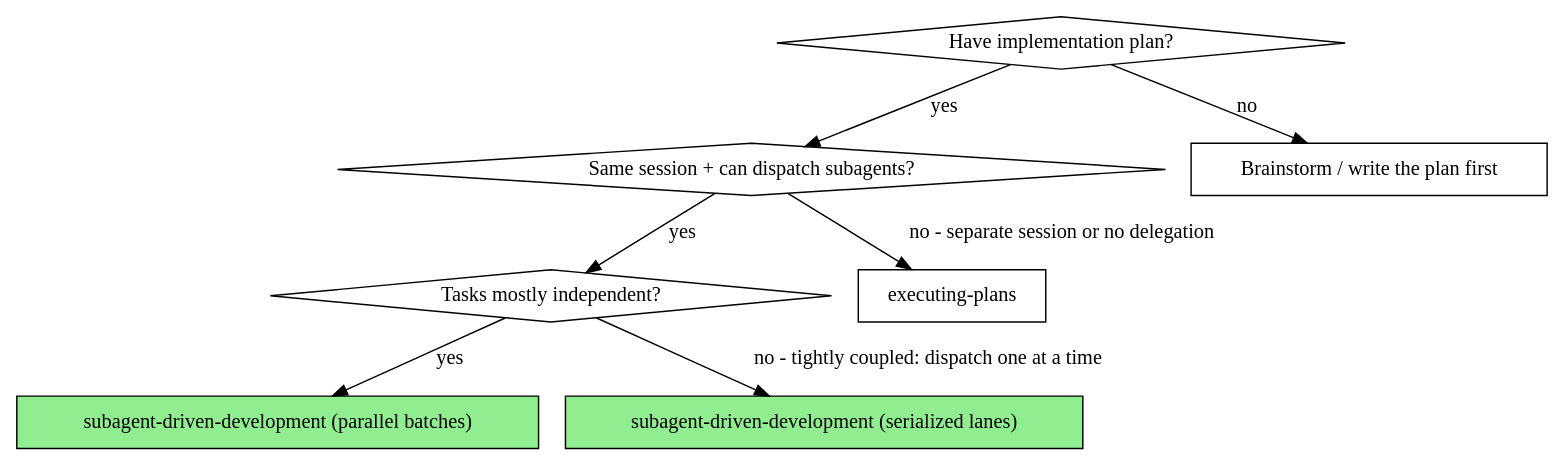
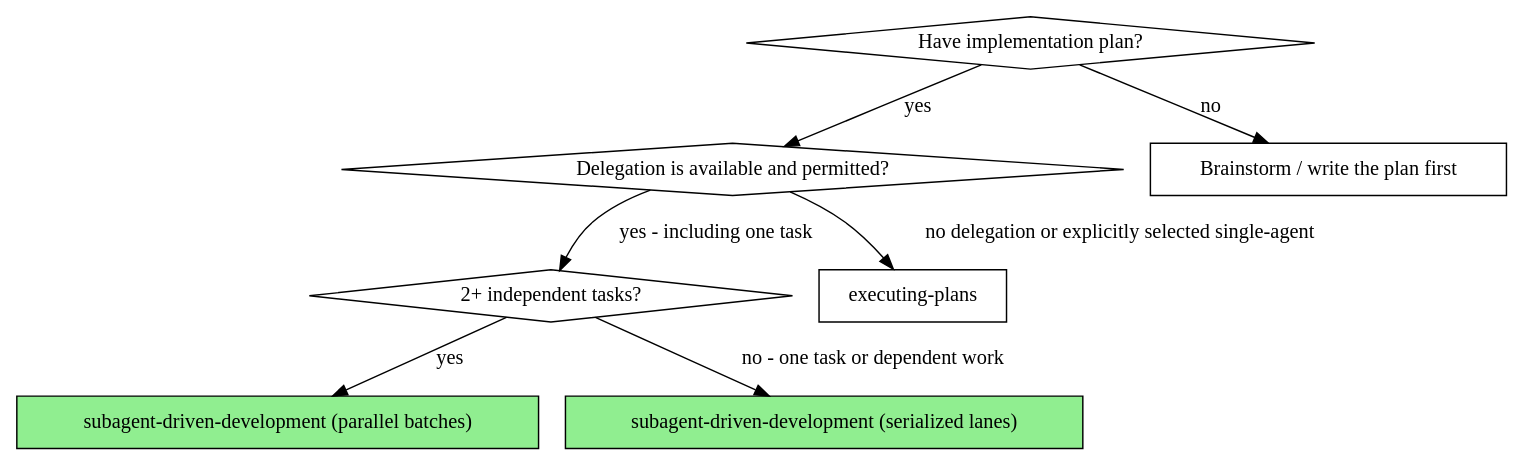
Before and after one commit to anortham/razorback: the diagram in skills/subagent-driven-development/SKILL.md, drawn with Graphviz. The commit also changed other lines of this file and 58 other files, not shown here.

````diff
--- a/skills/subagent-driven-development/SKILL.md
+++ b/skills/subagent-driven-development/SKILL.md
@@ -24,18 +24,18 @@
 ```dot
 digraph when_to_use {
     "Have implementation plan?" [shape=diamond];
-    "Same session + can dispatch subagents?" [shape=diamond];
-    "Tasks mostly independent?" [shape=diamond];
+    "Delegation is available and permitted?" [shape=diamond];
+    "2+ independent tasks?" [shape=diamond];
     "subagent-driven-development (parallel batches)" [shape=box style=filled fillcolor=lightgreen];
     "subagent-driven-development (serialized lanes)" [shape=box style=filled fillcolor=lightgreen];
     "executing-plans" [shape=box];
     "Brainstorm / write the plan first" [shape=box];
 
-    "Have implementation plan?" -> "Same session + can dispatch subagents?" [label="yes"];
+    "Have implementation plan?" -> "Delegation is available and permitted?" [label="yes"];
     "Have implementation plan?" -> "Brainstorm / write the plan first" [label="no"];
-    "Same session + can dispatch subagents?" -> "Tasks mostly independent?" [label="yes"];
-    "Same session + can dispatch subagents?" -> "executing-plans" [label="no - separate session or no delegation"];
-    "Tasks mostly independent?" -> "subagent-driven-development (parallel batches)" [label="yes"];
-    "Tasks mostly independent?" -> "subagent-driven-development (serialized lanes)" [label="no - tightly coupled: dispatch one at a time"];
+    "Delegation is available and permitted?" -> "2+ independent tasks?" [label="yes - including one task"];
+    "Delegation is available and permitted?" -> "executing-plans" [label="no delegation or explicitly selected single-agent"];
+    "2+ independent tasks?" -> "subagent-driven-development (parallel batches)" [label="yes"];
+    "2+ independent tasks?" -> "subagent-driven-development (serialized lanes)" [label="no - one task or dependent work"];
 }
 ```
````
